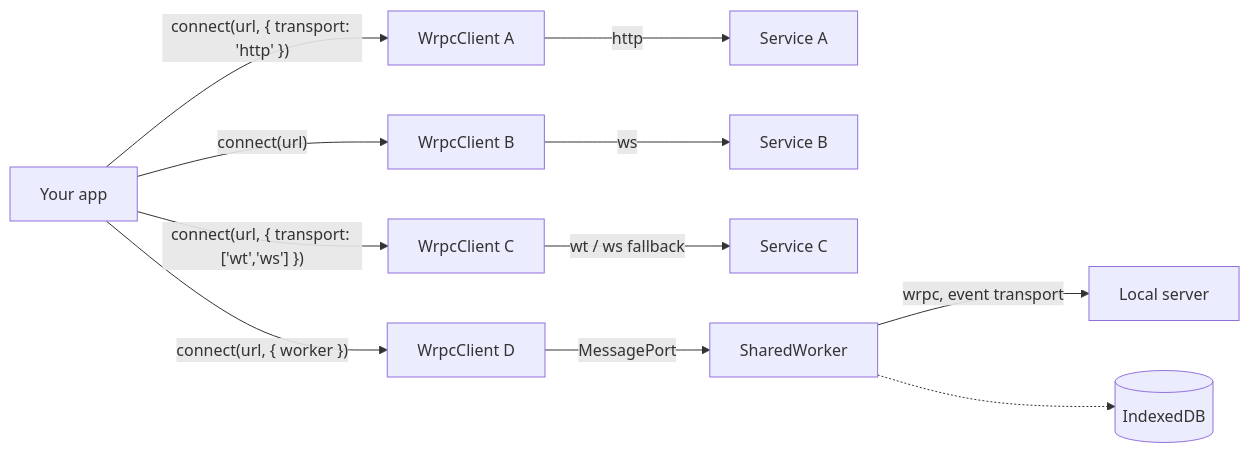
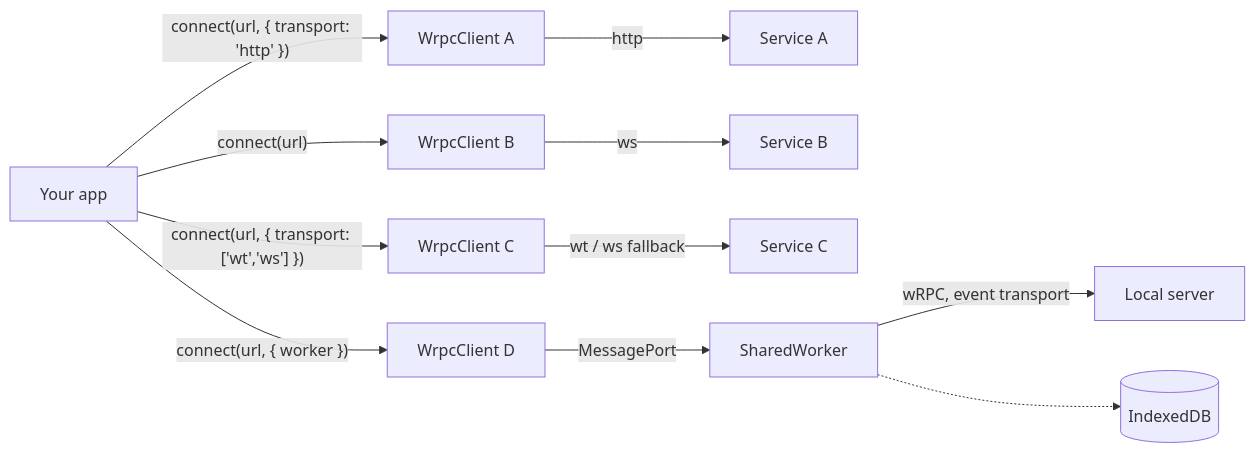
One commit to Alexis-Technologies/wrpc changed the diagram in docs/guide/multiple-backends.md. Above: the diagram before and after it, drawn with Mermaid. The commit also changed other lines of this file and 40 other files, not shown here.

````diff
--- a/docs/guide/multiple-backends.md
+++ b/docs/guide/multiple-backends.md
@@ -8,14 +8,14 @@
 ```mermaid
 flowchart LR
   App["Your app"]
   App -->|"connect(url, { transport: 'http' })"| A["WrpcClient A"]
   App -->|"connect(url)"| B["WrpcClient B"]
   App -->|"connect(url, { transport: ['wt','ws'] })"| C["WrpcClient C"]
   App -->|"connect(url, { worker })"| D["WrpcClient D"]
   A -->|http| SvcA["Service A"]
   B -->|ws| SvcB["Service B"]
   C -->|wt / ws fallback| SvcC["Service C"]
   D -->|MessagePort| W["SharedWorker"]
-  W -->|wrpc, event transport| SvcD["Local server"]
+  W -->|wRPC, event transport| SvcD["Local server"]
   W -.-> IDB[("IndexedDB")]
 ```
````
